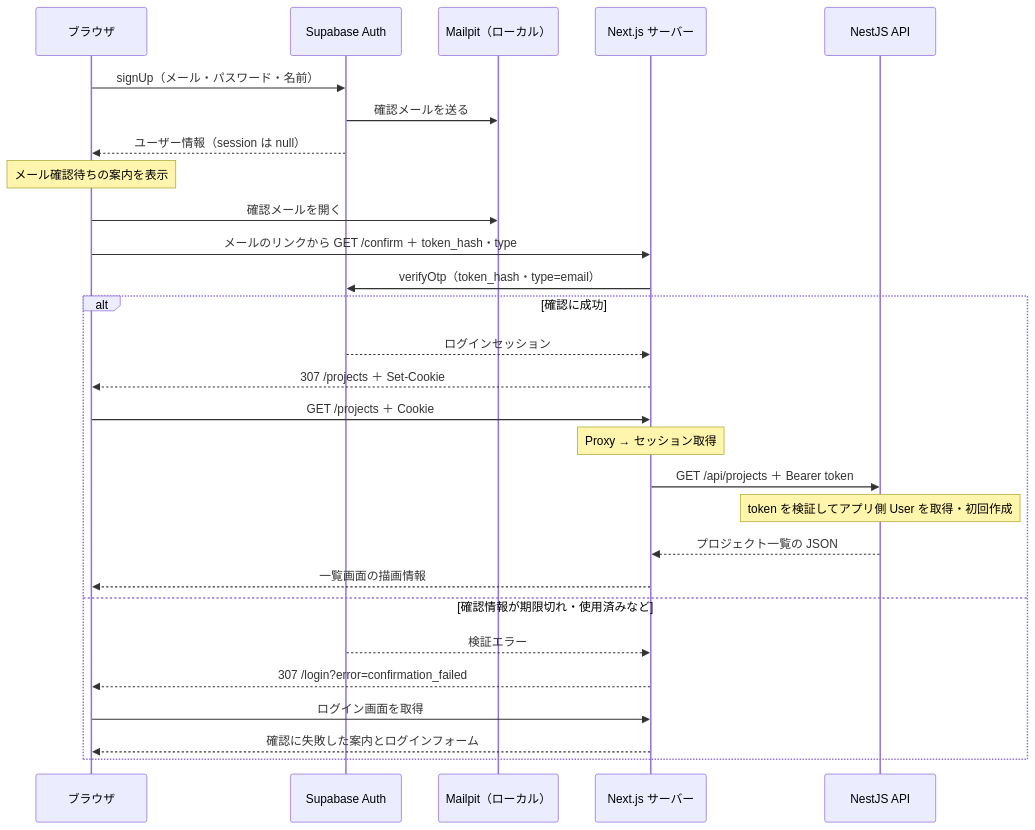
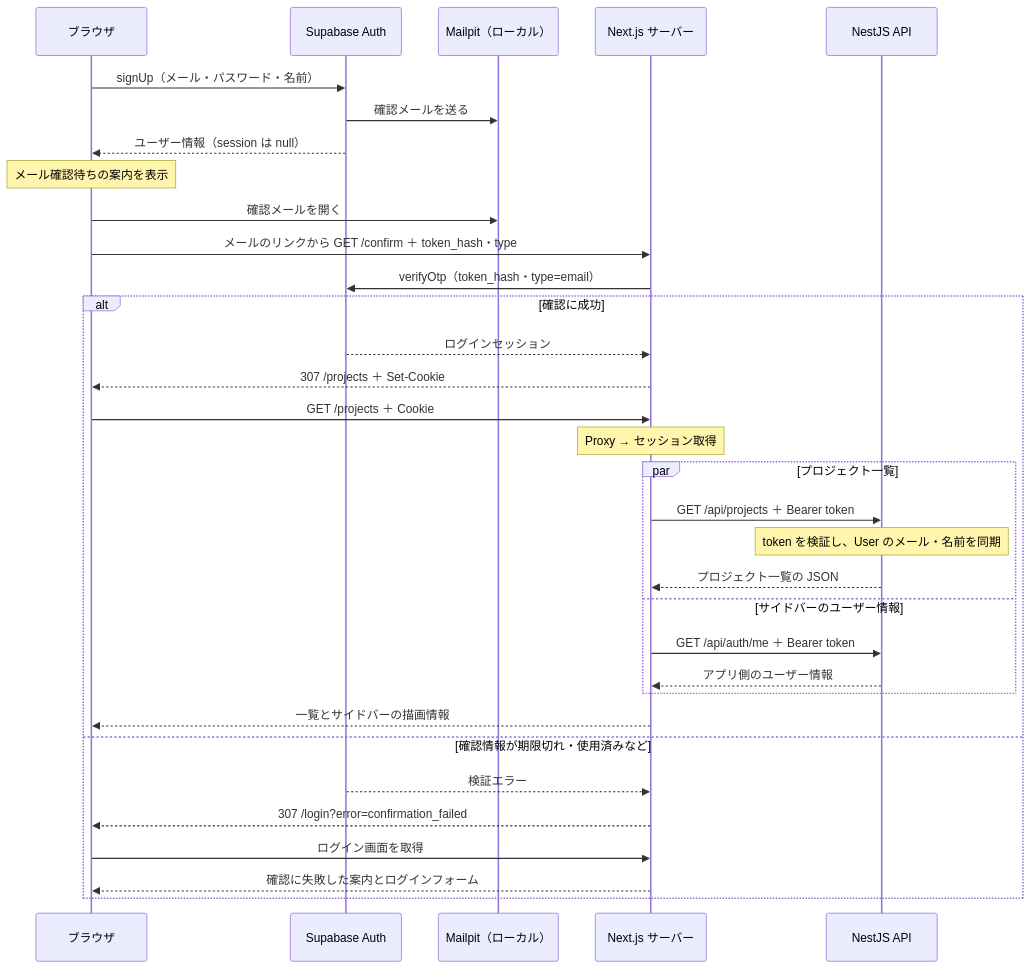
One commit to kazutakanakamura711/redmine-next-nest changed the diagram in docs/WEB_AUTH_REGISTRATION_FLOW.md. Above: the diagram before and after it, drawn with Mermaid. The commit also changed other lines of this file and 27 other files, not shown here.

Commit message:
feat: add web auth navigation and user display

````diff
--- a/docs/WEB_AUTH_REGISTRATION_FLOW.md
+++ b/docs/WEB_AUTH_REGISTRATION_FLOW.md
@@ -9,31 +9,36 @@
 ```mermaid
 sequenceDiagram
     participant B as ブラウザ
     participant S as Supabase Auth
     participant M as Mailpit（ローカル）
     participant N as Next.js サーバー
     participant A as NestJS API
 
     B->>S: signUp（メール・パスワード・名前）
     S->>M: 確認メールを送る
     S-->>B: ユーザー情報（session は null）
     Note over B: メール確認待ちの案内を表示
     B->>M: 確認メールを開く
     B->>N: メールのリンクから GET /confirm ＋ token_hash・type
     N->>S: verifyOtp（token_hash・type=email）
     alt 確認に成功
         S-->>N: ログインセッション
         N-->>B: 307 /projects ＋ Set-Cookie
         B->>N: GET /projects ＋ Cookie
         Note over N: Proxy → セッション取得
-        N->>A: GET /api/projects ＋ Bearer token
-        Note over A: token を検証してアプリ側 User を取得・初回作成
-        A-->>N: プロジェクト一覧の JSON
-        N-->>B: 一覧画面の描画情報
+        par プロジェクト一覧
+            N->>A: GET /api/projects ＋ Bearer token
+            Note over A: token を検証し、User のメール・名前を同期
+            A-->>N: プロジェクト一覧の JSON
+        and サイドバーのユーザー情報
+            N->>A: GET /api/auth/me ＋ Bearer token
+            A-->>N: アプリ側のユーザー情報
+        end
+        N-->>B: 一覧とサイドバーの描画情報
     else 確認情報が期限切れ・使用済みなど
         S-->>N: 検証エラー
         N-->>B: 307 /login?error=confirmation_failed
         B->>N: ログイン画面を取得
         N-->>B: 確認に失敗した案内とログインフォーム
     end
 ```
````
